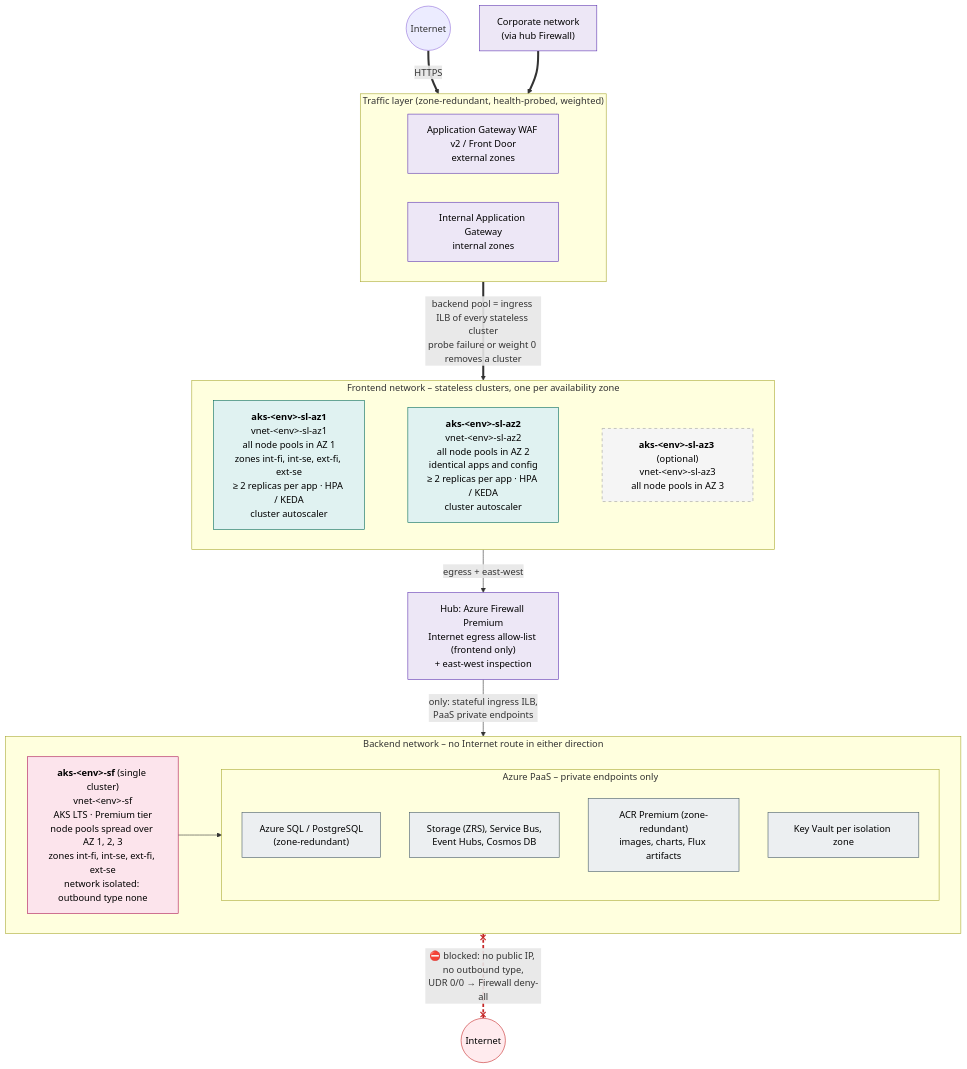
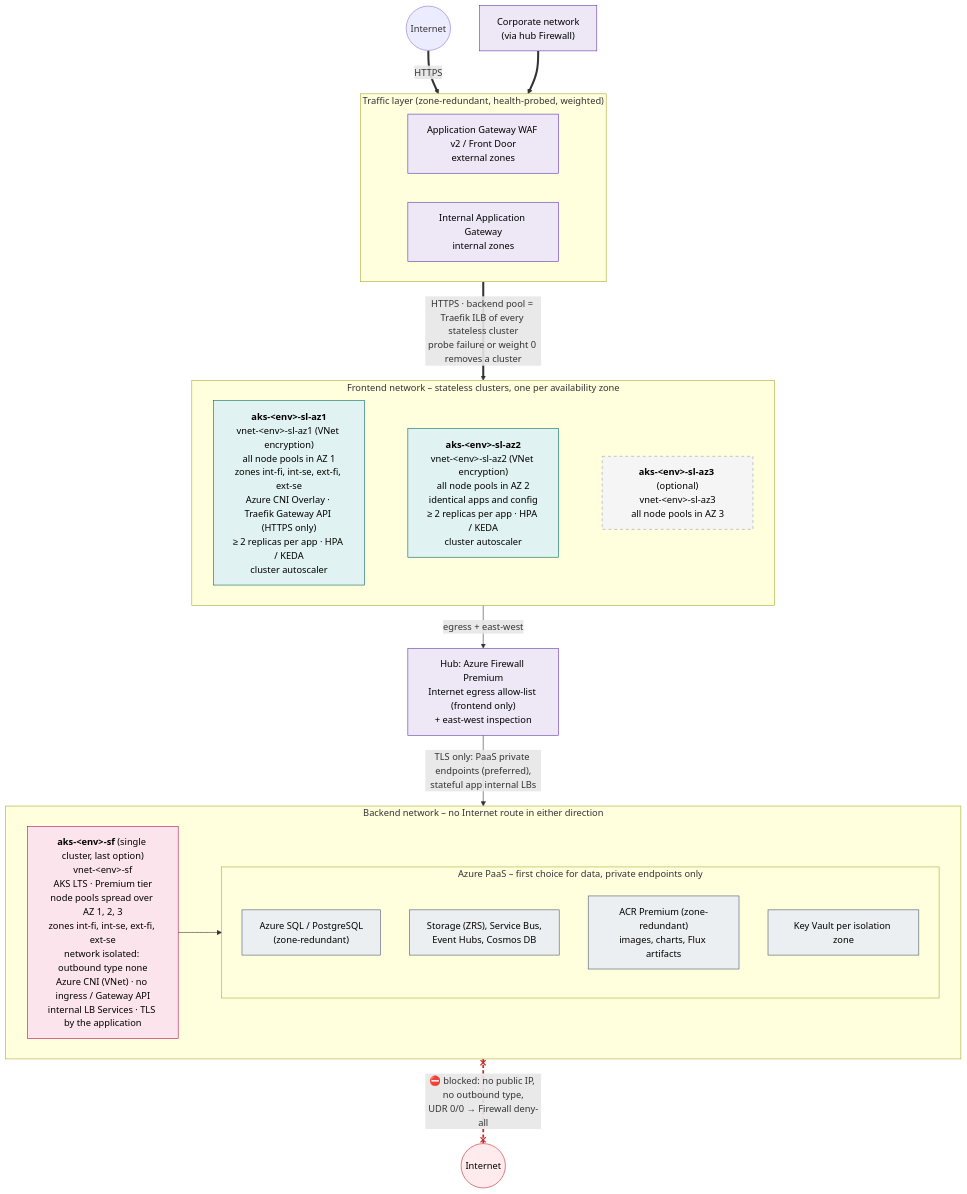
One commit to olljanat-ai/aks-design changed the diagram in diagrams/08-cluster-topology.mmd. Above: the diagram before and after it, drawn with Mermaid. The commit also changed 12 other files, not shown here.

First line of the commit message:
Clarify policy engine, stateful placement, CNI and TLS per cluster type

```diff
--- a/diagrams/08-cluster-topology.mmd
+++ b/diagrams/08-cluster-topology.mmd
@@ -1,58 +1,58 @@
 %% Cluster topology of ONE environment (dev, acc and prd are identical): zonal stateless clusters in the
 %% frontend network, one zone-redundant stateful cluster in the backend network next to the Azure PaaS services.
 flowchart TB
     internet(("Internet"))
     corp["Corporate network<br/>(via hub Firewall)"]
 
     subgraph EDGE["Traffic layer (zone-redundant, health-probed, weighted)"]
         direction LR
         waf["Application Gateway WAF v2 / Front Door<br/>external zones"]
         agw_in["Internal Application Gateway<br/>internal zones"]
     end
 
     subgraph FRONT["Frontend network – stateless clusters, one per availability zone"]
         direction LR
-        sl1["<b>aks-&lt;env&gt;-sl-az1</b><br/>vnet-&lt;env&gt;-sl-az1<br/>all node pools in AZ 1<br/>zones int-fi, int-se, ext-fi, ext-se<br/>≥ 2 replicas per app · HPA / KEDA<br/>cluster autoscaler"]
-        sl2["<b>aks-&lt;env&gt;-sl-az2</b><br/>vnet-&lt;env&gt;-sl-az2<br/>all node pools in AZ 2<br/>identical apps and config<br/>≥ 2 replicas per app · HPA / KEDA<br/>cluster autoscaler"]
+        sl1["<b>aks-&lt;env&gt;-sl-az1</b><br/>vnet-&lt;env&gt;-sl-az1 (VNet encryption)<br/>all node pools in AZ 1<br/>zones int-fi, int-se, ext-fi, ext-se<br/>Azure CNI Overlay · Traefik Gateway API (HTTPS only)<br/>≥ 2 replicas per app · HPA / KEDA<br/>cluster autoscaler"]
+        sl2["<b>aks-&lt;env&gt;-sl-az2</b><br/>vnet-&lt;env&gt;-sl-az2 (VNet encryption)<br/>all node pools in AZ 2<br/>identical apps and config<br/>≥ 2 replicas per app · HPA / KEDA<br/>cluster autoscaler"]
         sl3["<b>aks-&lt;env&gt;-sl-az3</b> (optional)<br/>vnet-&lt;env&gt;-sl-az3<br/>all node pools in AZ 3"]
         sl1 ~~~ sl2 ~~~ sl3
     end
 
     fw["Hub: Azure Firewall Premium<br/>Internet egress allow-list (frontend only)<br/>+ east-west inspection"]
 
     subgraph BACK["Backend network – no Internet route in either direction"]
         direction LR
-        sf["<b>aks-&lt;env&gt;-sf</b> (single cluster)<br/>vnet-&lt;env&gt;-sf<br/>AKS LTS · Premium tier<br/>node pools spread over AZ 1, 2, 3<br/>zones int-fi, int-se, ext-fi, ext-se<br/>network isolated: outbound type none"]
-        subgraph PAAS["Azure PaaS – private endpoints only"]
+        sf["<b>aks-&lt;env&gt;-sf</b> (single cluster, last option)<br/>vnet-&lt;env&gt;-sf<br/>AKS LTS · Premium tier<br/>node pools spread over AZ 1, 2, 3<br/>zones int-fi, int-se, ext-fi, ext-se<br/>network isolated: outbound type none<br/>Azure CNI (VNet) · no ingress / Gateway API<br/>internal LB Services · TLS by the application"]
+        subgraph PAAS["Azure PaaS – first choice for data, private endpoints only"]
             direction TB
             db["Azure SQL / PostgreSQL<br/>(zone-redundant)"]
             st["Storage (ZRS), Service Bus,<br/>Event Hubs, Cosmos DB"]
             acr["ACR Premium (zone-redundant)<br/>images, charts, Flux artifacts"]
             kv["Key Vault per isolation zone"]
         end
     end
 
     blocked(("Internet"))
 
     internet ==>|"HTTPS"| waf
     corp ==> agw_in
-    EDGE ==>|"backend pool = ingress ILB of every stateless cluster<br/>probe failure or weight 0 removes a cluster"| FRONT
+    EDGE ==>|"HTTPS · backend pool = Traefik ILB of every stateless cluster<br/>probe failure or weight 0 removes a cluster"| FRONT
     FRONT -->|"egress + east-west"| fw
-    fw -->|"only: stateful ingress ILB,<br/>PaaS private endpoints"| BACK
+    fw -->|"TLS only: PaaS private endpoints (preferred),<br/>stateful app internal LBs"| BACK
     sf --> PAAS
     BACK x-.-x|"⛔ blocked: no public IP, no outbound type,<br/>UDR 0/0 → Firewall deny-all"| blocked
 
     linkStyle 8 stroke:#c62828,stroke-width:3px,stroke-dasharray:6 4
 
     classDef hub fill:#ede7f6,stroke:#5e35b1,color:#000
     classDef sl fill:#e0f2f1,stroke:#00695c,color:#000
     classDef sf fill:#fce4ec,stroke:#ad1457,color:#000
     classDef paas fill:#eceff1,stroke:#455a64,color:#000
     classDef opt fill:#f5f5f5,stroke:#9e9e9e,color:#000,stroke-dasharray: 5 5
     classDef off fill:#ffebee,stroke:#c62828,color:#000
     class fw,waf,agw_in,corp hub
     class sl1,sl2 sl
     class sl3 opt
     class sf sf
     class db,st,acr,kv paas
     class blocked off
```
